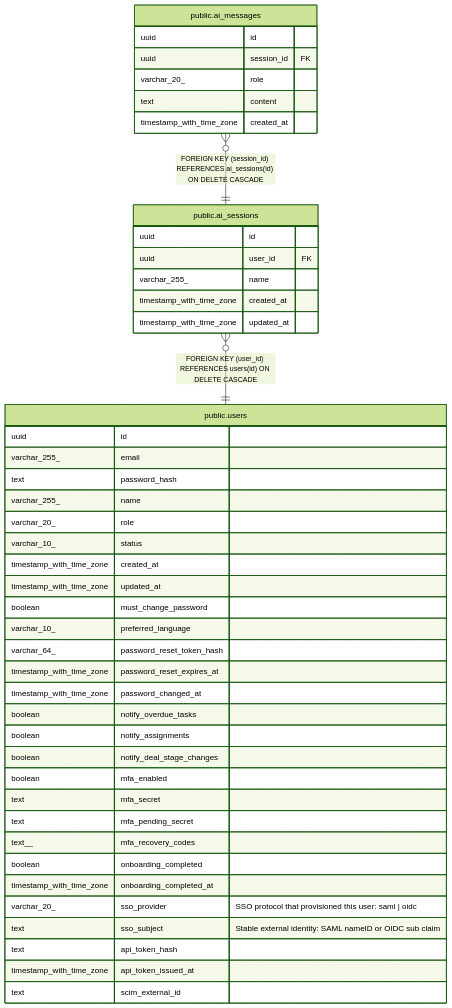
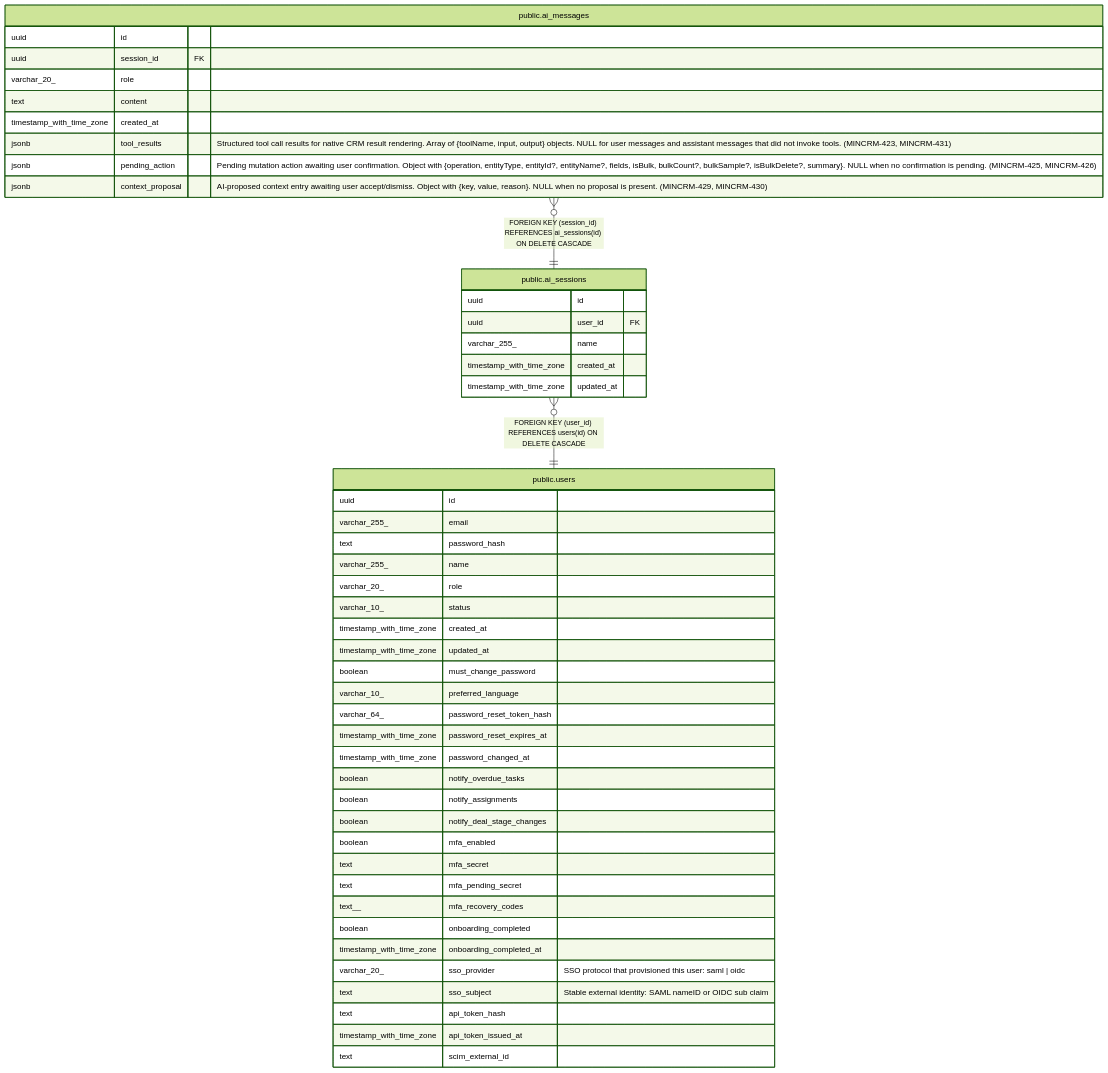
The diagram in docs/schema/public.ai_sessions.md (rkseattle/minicrm), drawn with Mermaid (forest theme) before and after one commit. The commit also changed 20 other files, not shown here.

First line of the commit message:
Add DB schema for AI cost rate config, per-feature/day usage tracking, and field exclusions (MINCRM-459, MINCRM-461)

````diff
--- a/docs/schema/public.ai_sessions.md
+++ b/docs/schema/public.ai_sessions.md
@@ -30,50 +30,53 @@
 ```mermaid
 erDiagram
 
 "public.ai_messages" }o--|| "public.ai_sessions" : "FOREIGN KEY (session_id) REFERENCES ai_sessions(id) ON DELETE CASCADE"
 "public.ai_sessions" }o--|| "public.users" : "FOREIGN KEY (user_id) REFERENCES users(id) ON DELETE CASCADE"
 
 "public.ai_sessions" {
   uuid id ""
   uuid user_id FK ""
   varchar_255_ name ""
   timestamp_with_time_zone created_at ""
   timestamp_with_time_zone updated_at ""
 }
 "public.ai_messages" {
   uuid id ""
   uuid session_id FK ""
   varchar_20_ role ""
   text content ""
   timestamp_with_time_zone created_at ""
+  jsonb tool_results "Structured tool call results for native CRM result rendering. Array of {toolName, input, output} objects. NULL for user messages and assistant messages that did not invoke tools. (MINCRM-423, MINCRM-431)"
+  jsonb pending_action "Pending mutation action awaiting user confirmation. Object with {operation, entityType, entityId?, entityName?, fields, isBulk, bulkCount?, bulkSample?, isBulkDelete?, summary}. NULL when no confirmation is pending. (MINCRM-425, MINCRM-426)"
+  jsonb context_proposal "AI-proposed context entry awaiting user accept/dismiss. Object with {key, value, reason}. NULL when no proposal is present. (MINCRM-429, MINCRM-430)"
 }
 "public.users" {
   uuid id ""
   varchar_255_ email ""
   text password_hash ""
   varchar_255_ name ""
   varchar_20_ role ""
   varchar_10_ status ""
   timestamp_with_time_zone created_at ""
   timestamp_with_time_zone updated_at ""
   boolean must_change_password ""
   varchar_10_ preferred_language ""
   varchar_64_ password_reset_token_hash ""
   timestamp_with_time_zone password_reset_expires_at ""
   timestamp_with_time_zone password_changed_at ""
   boolean notify_overdue_tasks ""
   boolean notify_assignments ""
   boolean notify_deal_stage_changes ""
   boolean mfa_enabled ""
   text mfa_secret ""
   text mfa_pending_secret ""
   text__ mfa_recovery_codes ""
   boolean onboarding_completed ""
   timestamp_with_time_zone onboarding_completed_at ""
   varchar_20_ sso_provider "SSO protocol that provisioned this user: saml | oidc"
   text sso_subject "Stable external identity: SAML nameID or OIDC sub claim"
   text api_token_hash ""
   timestamp_with_time_zone api_token_issued_at ""
   text scim_external_id ""
 }
 ```
````
